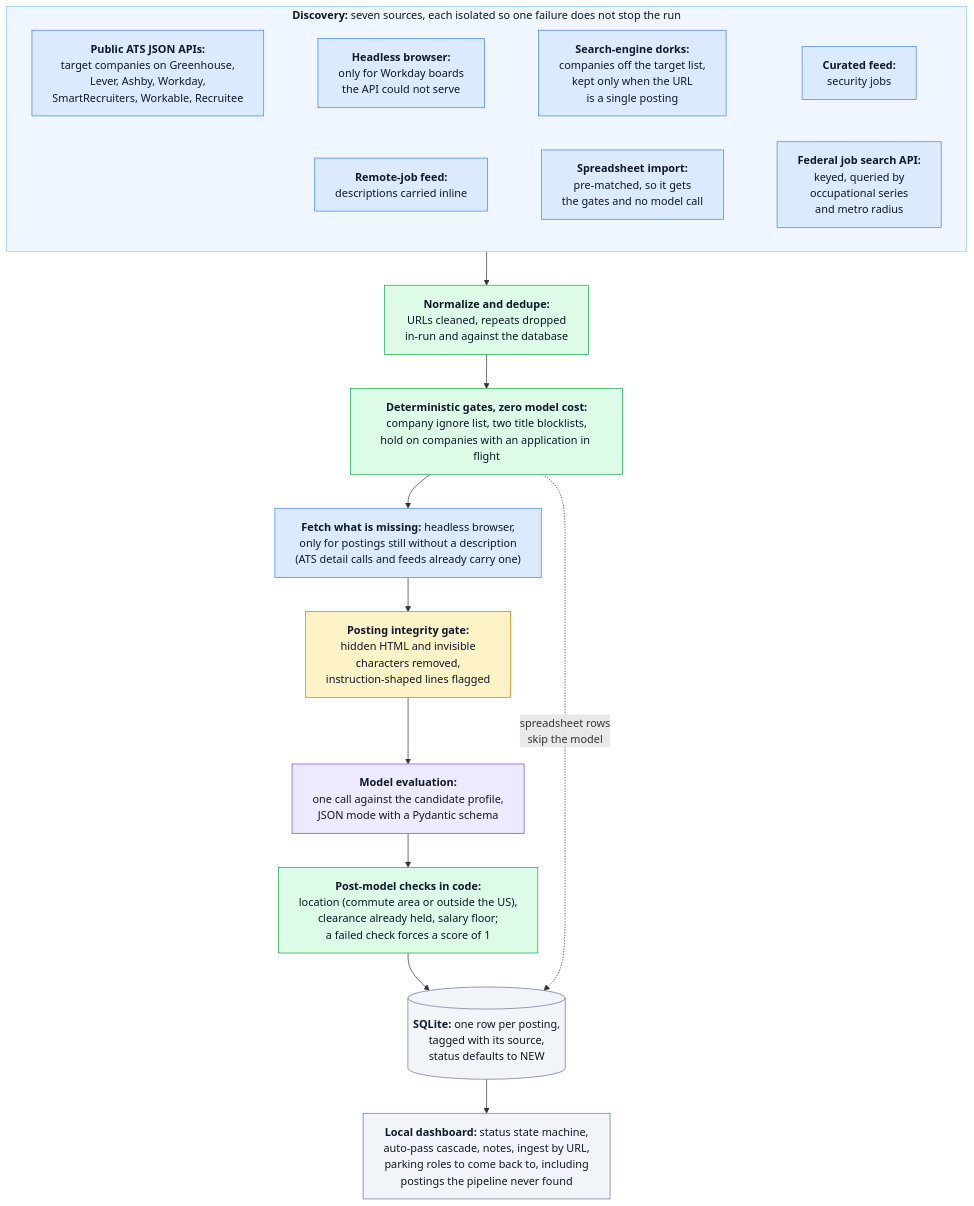
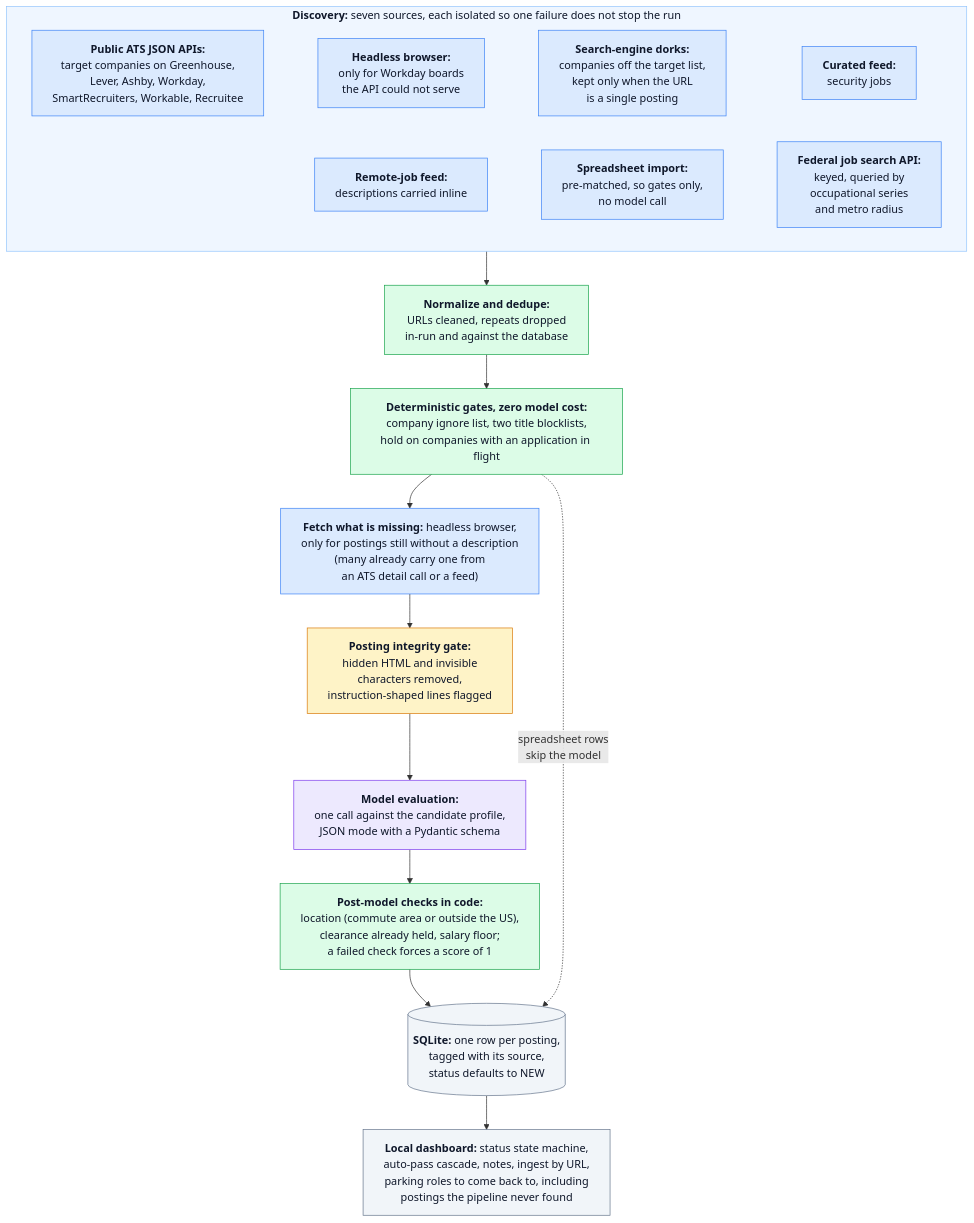
One commit to nguyenaax/job-meets-resume changed the diagram in README.md. Above: the diagram before and after it, drawn with Mermaid. The commit also changed 1 other file, not shown here.

Commit message:
Correct which postings arrive with a description
The security-jobs feed lists links only, so its postings go to the
browser after the gates; the diagram and architecture.md said every
feed carried one.

````diff
--- a/README.md
+++ b/README.md
@@ -19,70 +19,71 @@
 ```mermaid
 %%{init: {"flowchart": {"wrappingWidth": 340}}}%%
 flowchart TD
   subgraph DISCOVER["<b>Discovery:</b> seven sources, each isolated so one failure does not stop the run"]
     S1["<b>Public ATS JSON APIs:</b>
 target companies on Greenhouse,
 Lever, Ashby, Workday,
 SmartRecruiters, Workable, Recruitee"]
     S2["<b>Headless browser:</b>
 only for Workday boards
 the API could not serve"]
     S3["<b>Search-engine dorks:</b>
 companies off the target list,
 kept only when the URL
 is a single posting"]
     S4["<b>Curated feed:</b>
 security jobs"]
     S5["<b>Remote-job feed:</b>
 descriptions carried inline"]
     S6["<b>Spreadsheet import:</b>
-pre-matched, so it gets
-the gates and no model call"]
+pre-matched, so gates only,
+no model call"]
     S7["<b>Federal job search API:</b>
 keyed, queried by
 occupational series
 and metro radius"]
     S1 ~~~ S2 ~~~ S3 ~~~ S4
     S5 ~~~ S6 ~~~ S7
   end
   DISCOVER --> N["<b>Normalize and dedupe:</b>
 URLs cleaned, repeats dropped
 in-run and against the database"]
   N --> G0["<b>Deterministic gates, zero model cost:</b>
 company ignore list, two title blocklists,
 hold on companies with an application in flight"]
   G0 --> F["<b>Fetch what is missing:</b> headless browser,
 only for postings still without a description
-(ATS detail calls and feeds already carry one)"]
+(many already carry one from
+an ATS detail call or a feed)"]
   F --> PG["<b>Posting integrity gate:</b>
 hidden HTML and invisible
 characters removed,
 instruction-shaped lines flagged"]
   PG --> LLM["<b>Model evaluation:</b>
 one call against the candidate profile,
 JSON mode with a Pydantic schema"]
   LLM --> POST["<b>Post-model checks in code:</b>
 location (commute area or outside the US),
 clearance already held, salary floor;
 a failed check forces a score of 1"]
   POST --> DB[("<b>SQLite:</b> one row per posting,
 tagged with its source,
 status defaults to NEW")]
   G0 -. "spreadsheet rows<br>skip the model" .-> DB
   DB --> UI["<b>Local dashboard:</b> status state machine,
 auto-pass cascade, notes, ingest by URL,
 parking roles to come back to, including
 postings the pipeline never found"]
 
   classDef io fill:#dbeafe,stroke:#3b82f6,color:#0f172a
   classDef det fill:#dcfce7,stroke:#16a34a,color:#0f172a
   classDef guard fill:#fef3c7,stroke:#d97706,color:#0f172a
   classDef model fill:#ede9fe,stroke:#7c3aed,color:#0f172a
   classDef store fill:#f1f5f9,stroke:#64748b,color:#0f172a
   class S1,S2,S3,S4,S5,S6,S7,F io
   class N,G0,POST det
   class PG guard
   class LLM model
   class DB,UI store
   style DISCOVER fill:#eff6ff,stroke:#93c5fd,color:#0f172a
 ```
````
